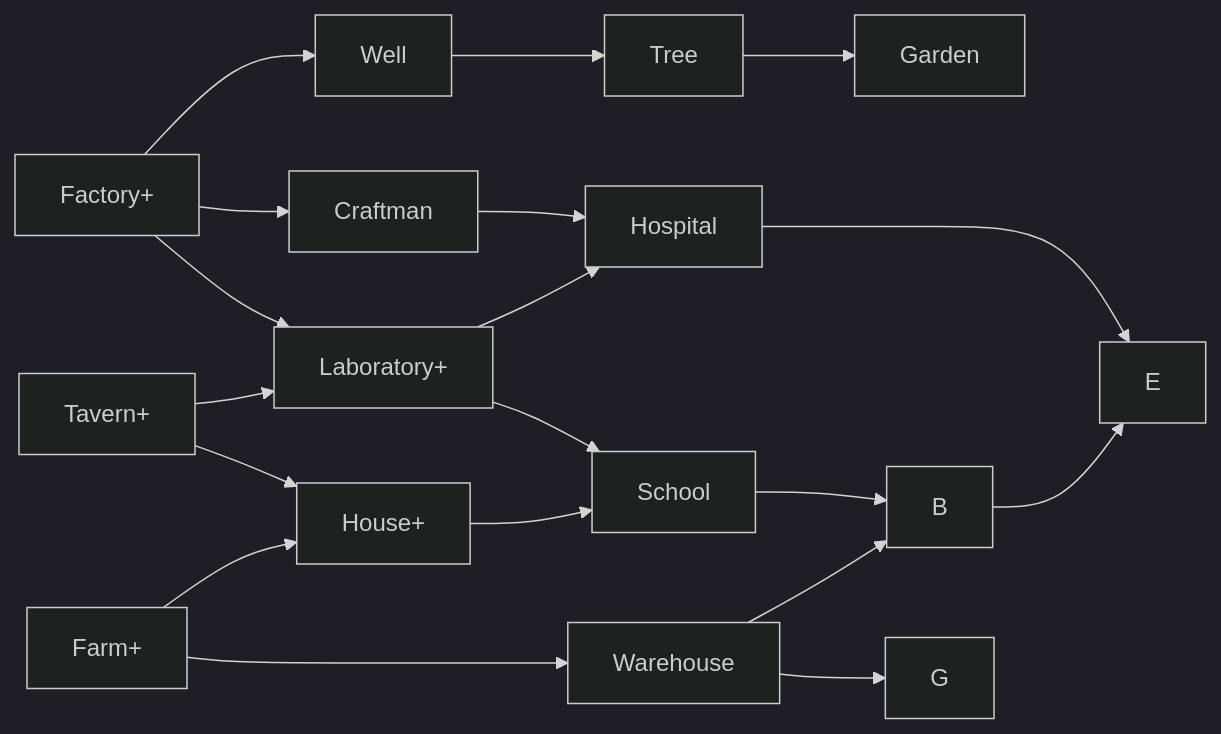
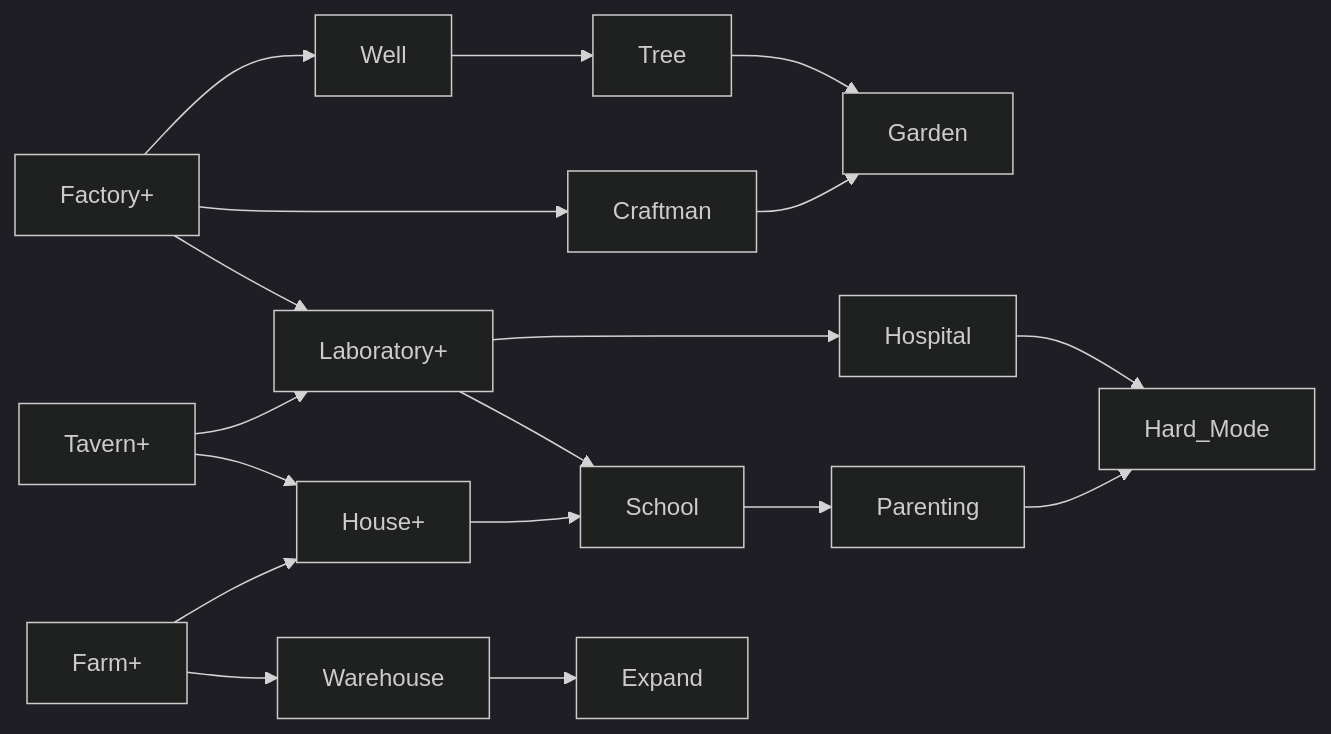
One commit to robustsolution/kotlin-city-builder changed the diagram in gameDesign/general.md. Above: the diagram before and after it, drawn with Mermaid (dark theme). The commit also changed other lines of this file, not shown here.

````diff
--- a/gameDesign/general.md
+++ b/gameDesign/general.md
@@ -48,21 +68,20 @@
 ```mermaid
 graph LR
-  House+ --> School;
   Well --> Tree;
   Tree --> Garden;
   Factory+ --> Well;
   Factory+ --> Craftman;
   Factory+ --> Laboratory+;
   Tavern+ --> Laboratory+;
   Tavern+ --> House+;
   Farm+ --> House+;
-  Craftman --> Hospital;
-  Hospital --> E;
-  B --> E;
+  Laboratory+ --> Hospital;
+  Craftman --> Garden;
+  Hospital --> Hard_Mode;
+  Parenting --> Hard_Mode;
   Farm+ --> Warehouse;
-  Laboratory+ --> Hospital;
   Laboratory+ --> School;
-  School --> B;
-  Warehouse --> B;
-  Warehouse --> G;
+  School --> Parenting;
+  Warehouse --> Expand;
+  House+ --> School;
 ```
````
